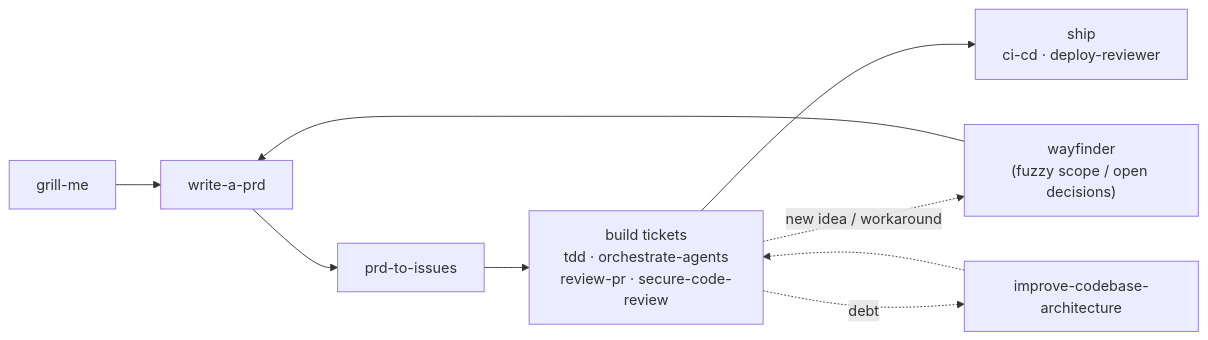
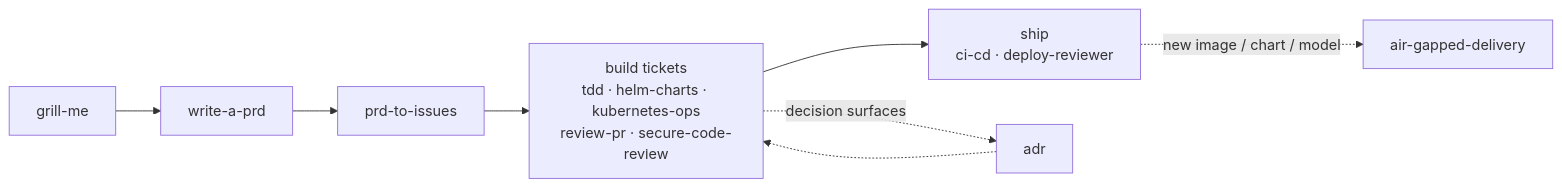
Before and after one commit to KSriki/agent-harness-template: the diagram in docs/engineering-steering-doc.md, drawn with Mermaid. The commit also changed other lines of this file and 12 other files, not shown here.

First line of the commit message:
docs(harness): pre-fill AGENTS.md and indexes for the enterprise AI-platform branch; ADR-0001

````diff
--- a/docs/engineering-steering-doc.md
+++ b/docs/engineering-steering-doc.md
@@ -92,7 +93,6 @@
 ```mermaid
 flowchart LR
-    G["grill-me"] --> P["write-a-prd"] --> T["prd-to-issues"] --> B["build tickets<br/>tdd · orchestrate-agents<br/>review-pr · secure-code-review"] --> S["ship<br/>ci-cd · deploy-reviewer"]
-    W["wayfinder<br/>(fuzzy scope / open decisions)"] --> P
-    B -. new idea / workaround .-> W
-    B -. debt .-> IA["improve-codebase-architecture"] -.-> B
+    G["grill-me"] --> P["write-a-prd"] --> T["prd-to-issues"] --> B["build tickets<br/>tdd · helm-charts · kubernetes-ops<br/>review-pr · secure-code-review"] --> S["ship<br/>ci-cd · deploy-reviewer"]
+    B -. decision surfaces .-> A["adr"] -.-> B
+    S -. new image / chart / model .-> AG["air-gapped-delivery"]
 ```
````
